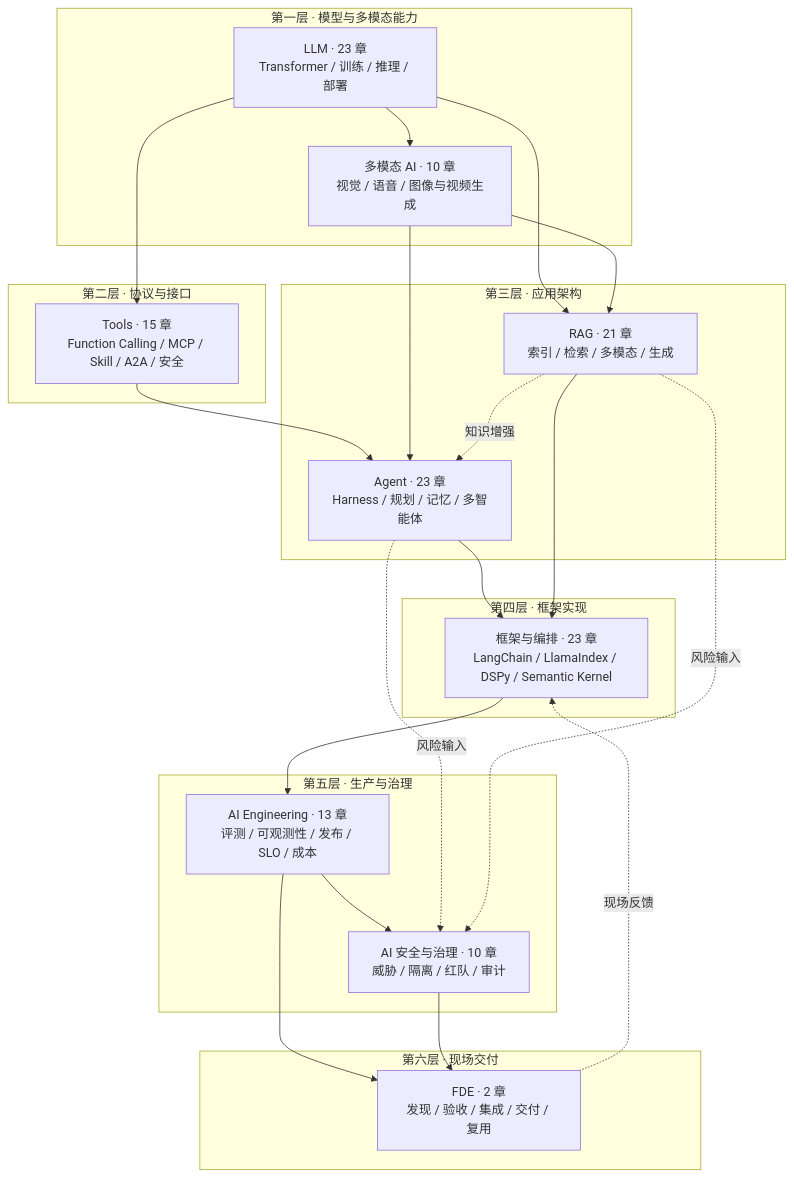
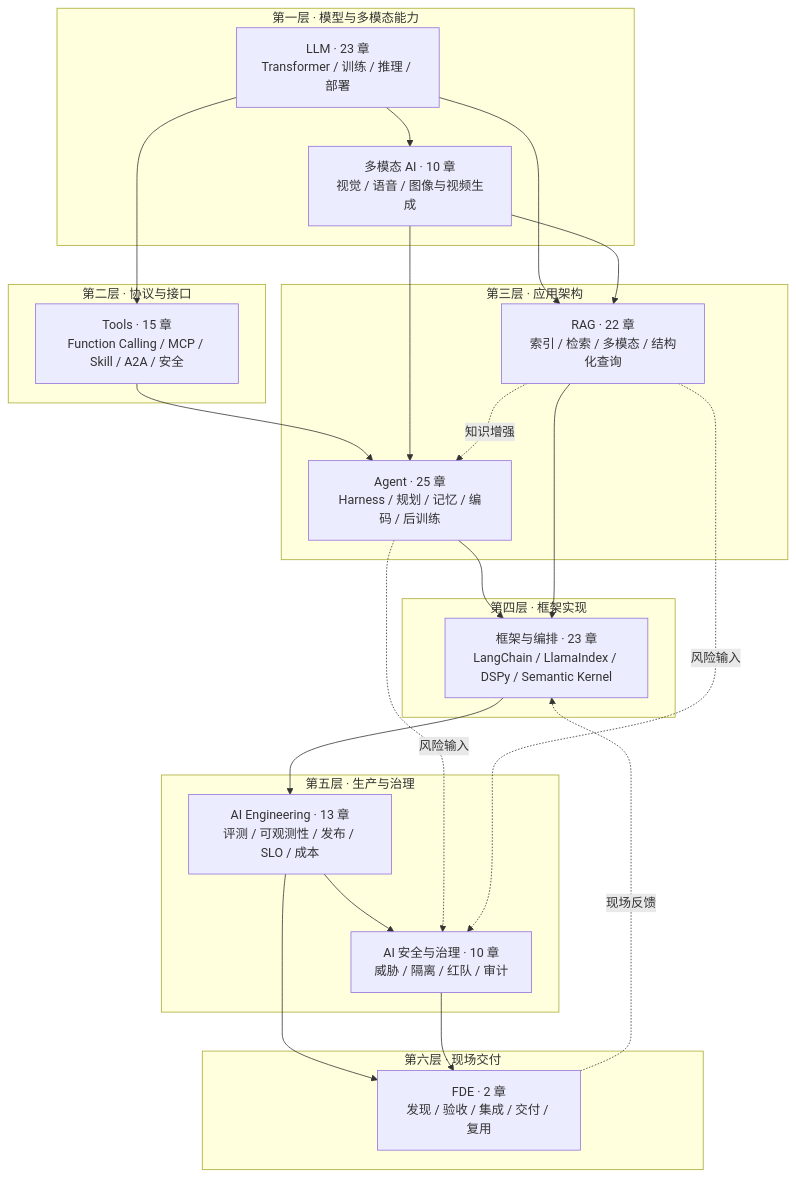
The diagram in README.md (oneleaveknowsthefall/awesome-ai-roadmap), drawn with Mermaid before and after one commit. The commit also changed other lines of this file and 11 other files, not shown here.

````diff
--- a/README.md
+++ b/README.md
@@ -15,46 +15,46 @@
 ```mermaid
 flowchart TB
     subgraph L1["第一层 · 模型与多模态能力"]
         LLM["LLM · 23 章<br/>Transformer / 训练 / 推理 / 部署"]
         MM["多模态 AI · 10 章<br/>视觉 / 语音 / 图像与视频生成"]
     end
 
     subgraph L2["第二层 · 协议与接口"]
         TOOLS["Tools · 15 章<br/>Function Calling / MCP / Skill / A2A / 安全"]
     end
 
     subgraph L3["第三层 · 应用架构"]
-        AGENT["Agent · 23 章<br/>Harness / 规划 / 记忆 / 多智能体"]
-        RAG["RAG · 21 章<br/>索引 / 检索 / 多模态 / 生成"]
+        AGENT["Agent · 25 章<br/>Harness / 规划 / 记忆 / 编码 / 后训练"]
+        RAG["RAG · 22 章<br/>索引 / 检索 / 多模态 / 结构化查询"]
     end
 
     subgraph L4["第四层 · 框架实现"]
         FW["框架与编排 · 23 章<br/>LangChain / LlamaIndex / DSPy / Semantic Kernel"]
     end
 
     subgraph L5["第五层 · 生产与治理"]
         ENG["AI Engineering · 13 章<br/>评测 / 可观测性 / 发布 / SLO / 成本"]
         SAFE["AI 安全与治理 · 10 章<br/>威胁 / 隔离 / 红队 / 审计"]
     end
 
     subgraph L6["第六层 · 现场交付"]
         FDE["FDE · 2 章<br/>发现 / 验收 / 集成 / 交付 / 复用"]
     end
 
     LLM --> MM
     LLM --> TOOLS
     TOOLS --> AGENT
     LLM --> RAG
     MM --> AGENT
     MM --> RAG
     AGENT --> FW
     RAG --> FW
     FW --> ENG
     ENG --> SAFE
     ENG --> FDE
     SAFE --> FDE
     FDE -.现场反馈.-> FW
     AGENT -.风险输入.-> SAFE
     RAG -.风险输入.-> SAFE
     RAG -.知识增强.-> AGENT
 ```
````
